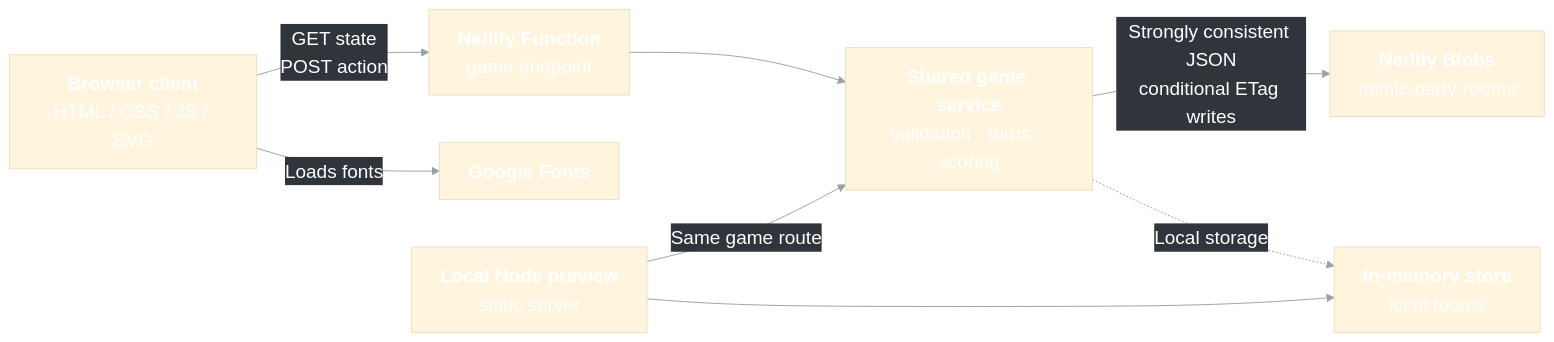
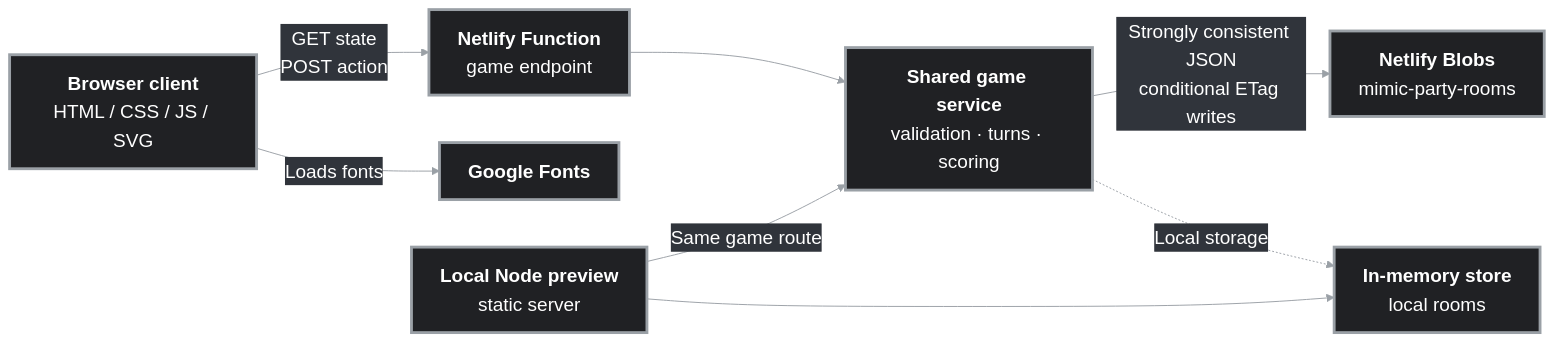
The diagram in README.md (rakilkim/mimic), drawn with Mermaid before and after one commit.

Commit message:
Fix Mermaid diagram contrast

````diff
--- a/README.md
+++ b/README.md
@@ -43,12 +43,12 @@
 ```mermaid
 %%{init: {"theme": "base", "themeVariables": {"fontSize": "20px", "primaryTextColor": "#ffffff", "lineColor": "#9aa0a6", "edgeLabelBackground": "#30343b", "clusterBkg": "#202124", "clusterBorder": "#9aa0a6"}}}%%
 flowchart LR
-    Browser["<b>Browser client</b><br/>HTML / CSS / JS / SVG"] -->|"GET state<br/>POST action"| Function["<b>Netlify Function</b><br/>game endpoint"]
-    Function --> Service["<b>Shared game service</b><br/>validation · turns · scoring"]
-    Service -->|"Strongly consistent JSON<br/>conditional ETag writes"| Blobs["<b>Netlify Blobs</b><br/>mimic-party-rooms"]
-    Browser -->|"Loads fonts"| Fonts["<b>Google Fonts</b>"]
-    Local["<b>Local Node preview</b><br/>static server"] -->|"Same game route"| Service
-    Local --> LocalStore["<b>In-memory store</b><br/>local rooms"]
+    Browser["<b>Browser client</b><br/>HTML / CSS / JS / SVG"]:::component -->|"GET state<br/>POST action"| Function["<b>Netlify Function</b><br/>game endpoint"]:::component
+    Function --> Service["<b>Shared game service</b><br/>validation · turns · scoring"]:::component
+    Service -->|"Strongly consistent JSON<br/>conditional ETag writes"| Blobs["<b>Netlify Blobs</b><br/>mimic-party-rooms"]:::component
+    Browser -->|"Loads fonts"| Fonts["<b>Google Fonts</b>"]:::component
+    Local["<b>Local Node preview</b><br/>static server"]:::component -->|"Same game route"| Service
+    Local --> LocalStore["<b>In-memory store</b><br/>local rooms"]:::component
     Service -.->|"Local storage"| LocalStore
     classDef component fill:#202124,stroke:#9aa0a6,stroke-width:3px,color:#ffffff;
 ```
````
